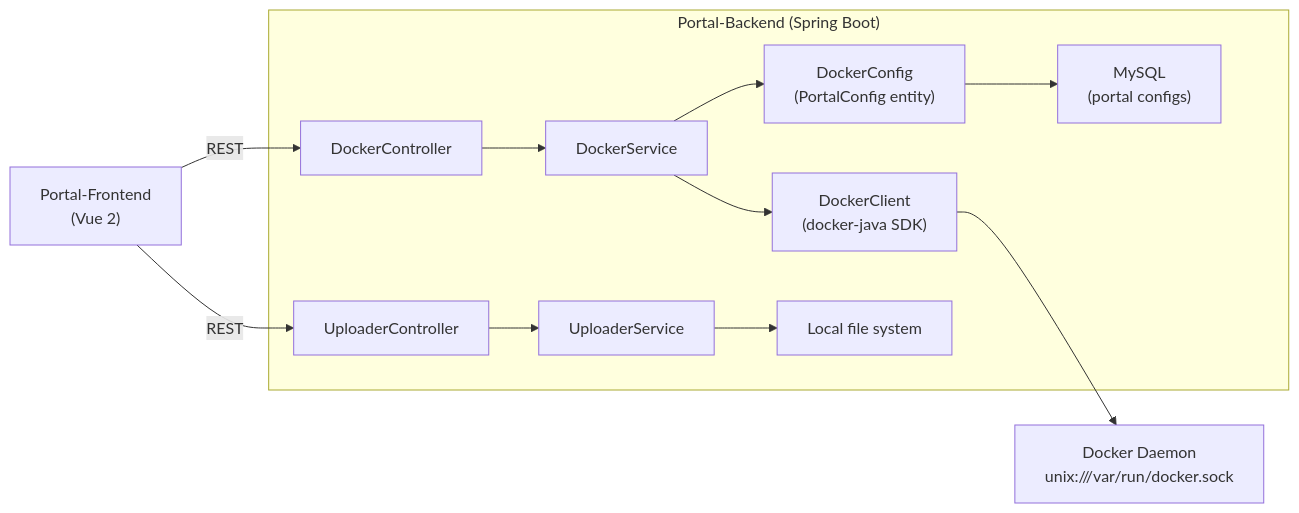
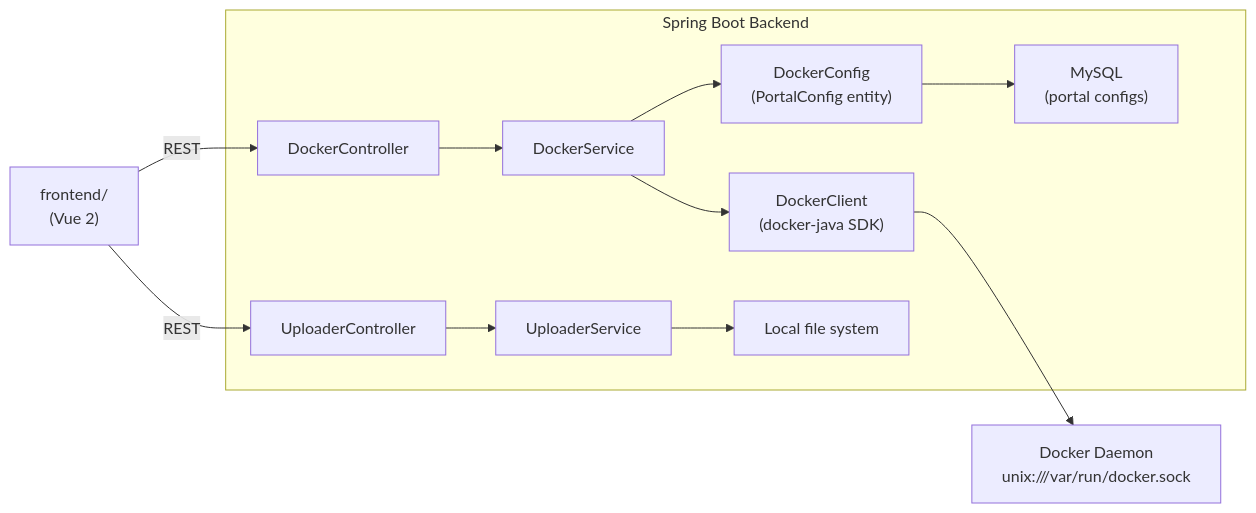
One commit to Seal-Re/Portal-Backend changed the diagram in README.md. Above: the diagram before and after it, drawn with Mermaid. The commit also changed other lines of this file and 19 other files, not shown here.

Commit message:
feat: monorepo merge — add frontend/ (Vue 2 Portal UI), full-stack README (#3)

````diff
--- a/README.md
+++ b/README.md
@@ -21,16 +21,16 @@
 ```mermaid
 flowchart LR
-    Frontend["Portal-Frontend\n(Vue 2)"] -->|REST| DockerController
+    Frontend["frontend/\n(Vue 2)"] -->|REST| DockerController
     Frontend -->|REST| UploaderController
 
-    subgraph Portal-Backend["Portal-Backend (Spring Boot)"]
+    subgraph Portal-Backend["Spring Boot Backend"]
         DockerController --> DockerService
         UploaderController --> UploaderService
         DockerService --> DockerClient["DockerClient\n(docker-java SDK)"]
         DockerService --> DockerConfig["DockerConfig\n(PortalConfig entity)"]
         UploaderService --> FileSystem["Local file system"]
         DockerConfig --> MySQL["MySQL\n(portal configs)"]
     end
 
     DockerClient --> DaemonSocket["Docker Daemon\nunix:///var/run/docker.sock"]
 ```
````
